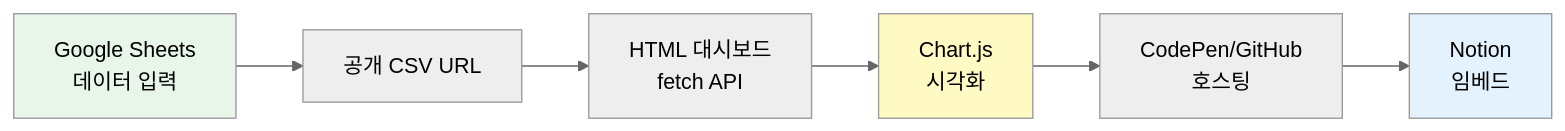
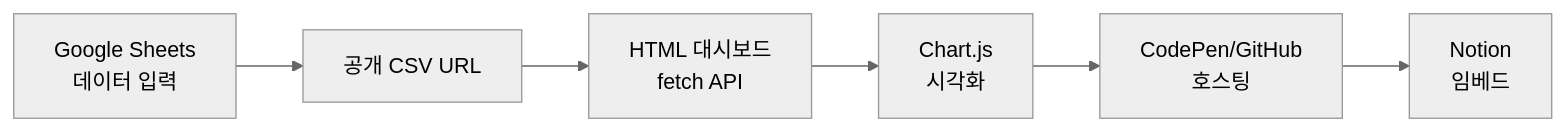
Before and after one commit to nugurejeil/weniVooks: the fourth of 6 diagrams in _md/genai-notion/chapter09/09-4.md, drawn with Mermaid (neutral theme). The commit also changed other lines of this file and 187 other files, not shown here.

````diff
--- a/_md/genai-notion/chapter09/09-4.md
+++ b/_md/genai-notion/chapter09/09-4.md
@@ -344,12 +338,8 @@
 ```mermaid
 graph LR
     A[Google Sheets<br/>데이터 입력] --> B[공개 CSV URL]
     B --> C[HTML 대시보드<br/>fetch API]
     C --> D[Chart.js<br/>시각화]
     D --> E[CodePen/GitHub<br/>호스팅]
     E --> F[Notion<br/>임베드]
-
-    style A fill:#E8F5E9
-    style D fill:#FFF9C4
-    style F fill:#E3F2FD
 ```
````
